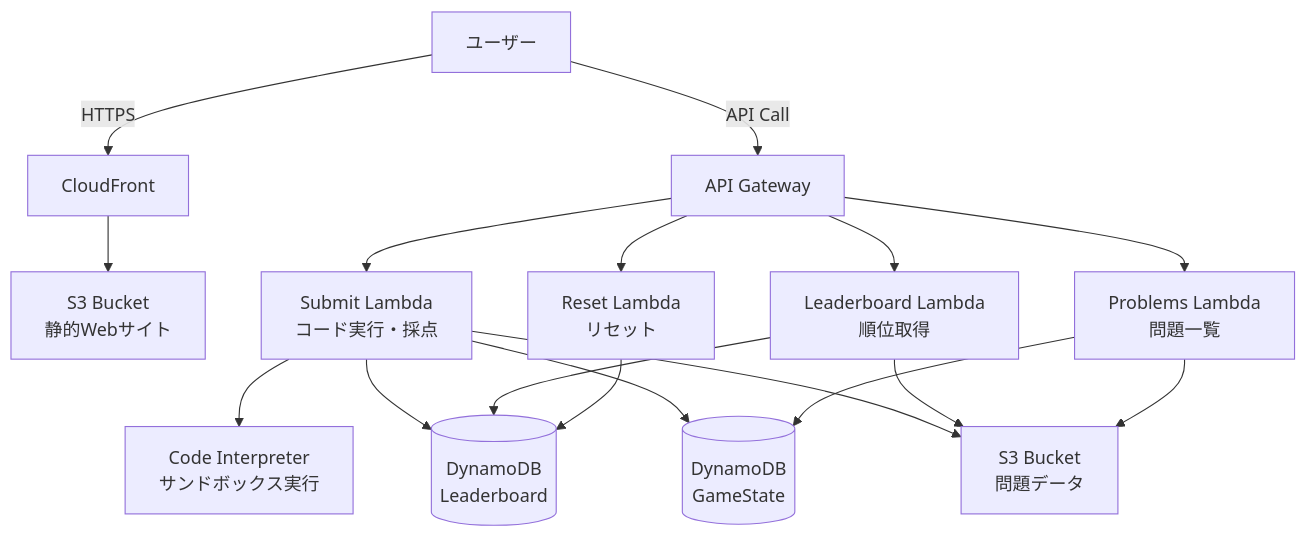
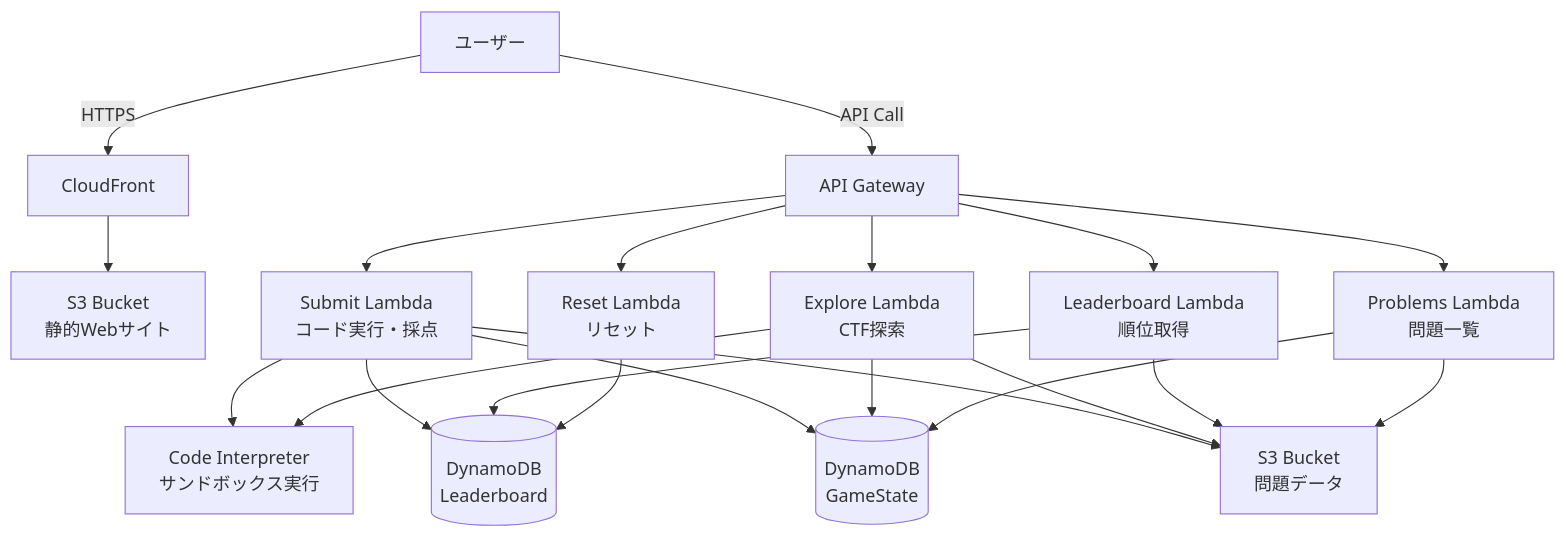
One commit to aws-samples/sample-agentcore-code-interpreter-coding-contest changed the first of 3 diagrams in README.md. Above: the diagram before and after it, drawn with Mermaid. The commit also changed other lines of this file and 13 other files, not shown here.

````diff
--- a/README.md
+++ b/README.md
@@ -70,32 +88,37 @@
 ```mermaid
 graph TB
     User[ユーザー]
     CF[CloudFront]
     S3Web[S3 Bucket<br/>静的Webサイト]
     S3Problems[S3 Bucket<br/>問題データ]
     APIGW[API Gateway]
     SubmitLambda[Submit Lambda<br/>コード実行・採点]
+    ExploreLambda[Explore Lambda<br/>CTF探索]
     LeaderboardLambda[Leaderboard Lambda<br/>順位取得]
     ProblemsLambda[Problems Lambda<br/>問題一覧]
     ResetLambda[Reset Lambda<br/>リセット]
     CodeInterpreter[Code Interpreter<br/>サンドボックス実行]
     DDB1[(DynamoDB<br/>Leaderboard)]
     DDB2[(DynamoDB<br/>GameState)]
     
     User -->|HTTPS| CF
     CF --> S3Web
     User -->|API Call| APIGW
     APIGW --> SubmitLambda
+    APIGW --> ExploreLambda
     APIGW --> LeaderboardLambda
     APIGW --> ProblemsLambda
     APIGW --> ResetLambda
     SubmitLambda --> CodeInterpreter
     SubmitLambda --> DDB1
     SubmitLambda --> DDB2
     SubmitLambda --> S3Problems
+    ExploreLambda --> CodeInterpreter
+    ExploreLambda --> DDB2
+    ExploreLambda --> S3Problems
     LeaderboardLambda --> DDB1
     LeaderboardLambda --> S3Problems
     ProblemsLambda --> DDB2
     ProblemsLambda --> S3Problems
     ResetLambda --> DDB1
 ```
````
